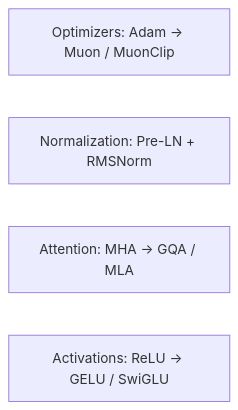
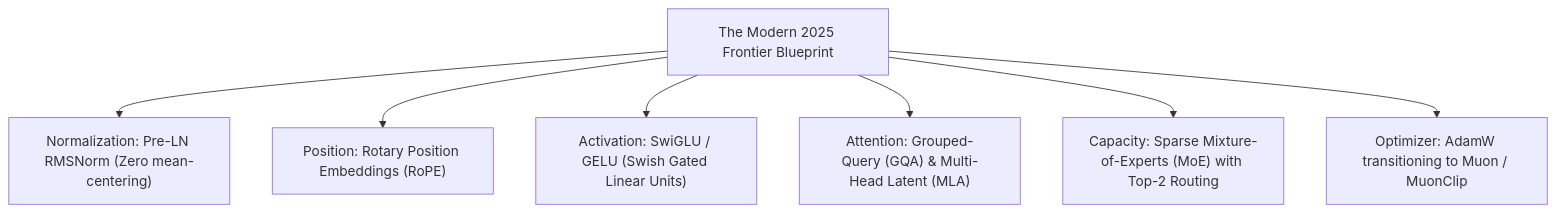
The fourth of 6 diagrams in content/docs/ai-agents/agentic-ai/09-recap-and-current-trends.mdx (1345AbhishekKumar/cs-cookbook), drawn with Mermaid before and after one commit. The commit also changed other lines of this file and 299 other files, not shown here.

````diff
--- a/content/docs/ai-agents/agentic-ai/09-recap-and-current-trends.mdx
+++ b/content/docs/ai-agents/agentic-ai/09-recap-and-current-trends.mdx
@@ -85,7 +123,9 @@
 ```mermaid
-flowchart LR
-    Optim["Optimizers: Adam → Muon / MuonClip"]
-    Norm["Normalization: Pre-LN + RMSNorm"]
-    Attn2["Attention: MHA → GQA / MLA"]
-    Act["Activations: ReLU → GELU / SwiGLU"]
+flowchart TD
+    Modern["The Modern 2025 Frontier Blueprint"] --> Norm["Normalization: Pre-LN RMSNorm (Zero mean-centering)"]
+    Modern --> Pos["Position: Rotary Position Embeddings (RoPE)"]
+    Modern --> Act["Activation: SwiGLU / GELU (Swish Gated Linear Units)"]
+    Modern --> Attn["Attention: Grouped-Query (GQA) & Multi-Head Latent (MLA)"]
+    Modern --> Cap["Capacity: Sparse Mixture-of-Experts (MoE) with Top-2 Routing"]
+    Modern --> Opt["Optimizer: AdamW transitioning to Muon / MuonClip"]
 ```
````
